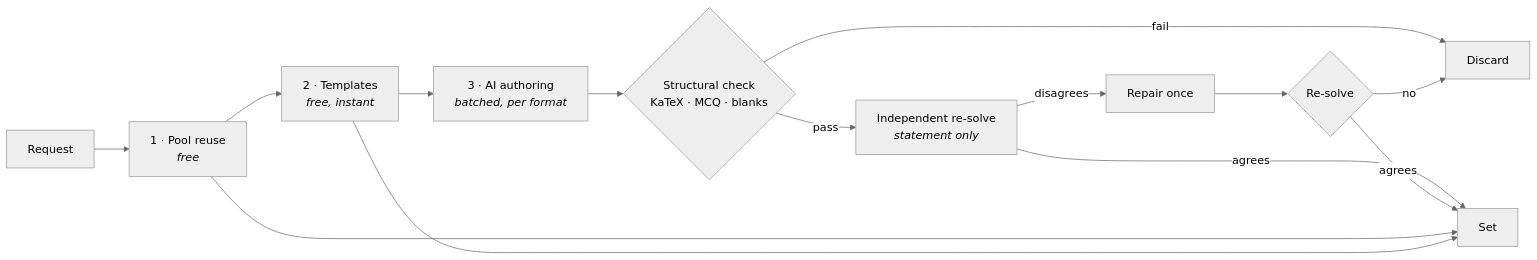
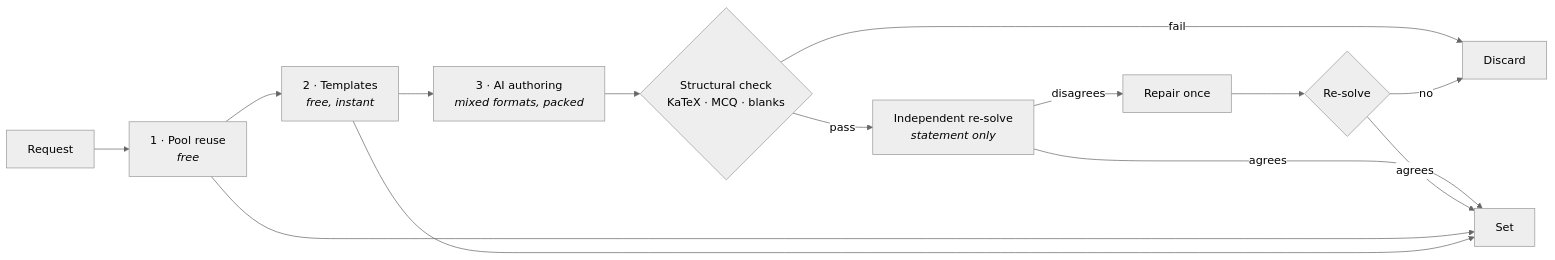
Before and after one commit to yugms/lemma: the diagram in README.md, drawn with Mermaid (neutral theme). The commit also changed other lines of this file and 1 other file, not shown here.

````diff
--- a/README.md
+++ b/README.md
@@ -50,16 +50,16 @@
 ```mermaid
 flowchart LR
   R[Request] --> P["1 · Pool reuse<br/><i>free</i>"]
   P --> T["2 · Templates<br/><i>free, instant</i>"]
-  T --> G["3 · AI authoring<br/><i>batched, per format</i>"]
+  T --> G["3 · AI authoring<br/><i>mixed formats, packed</i>"]
   G --> S{"Structural check<br/>KaTeX · MCQ · blanks"}
   S -->|fail| X[Discard]
   S -->|pass| V["Independent re-solve<br/><i>statement only</i>"]
   V -->|agrees| OK[Set]
   V -->|disagrees| RP[Repair once]
   RP --> RS{Re-solve}
   RS -->|agrees| OK
   RS -->|no| X
   P --> OK
   T --> OK
 ```
````
